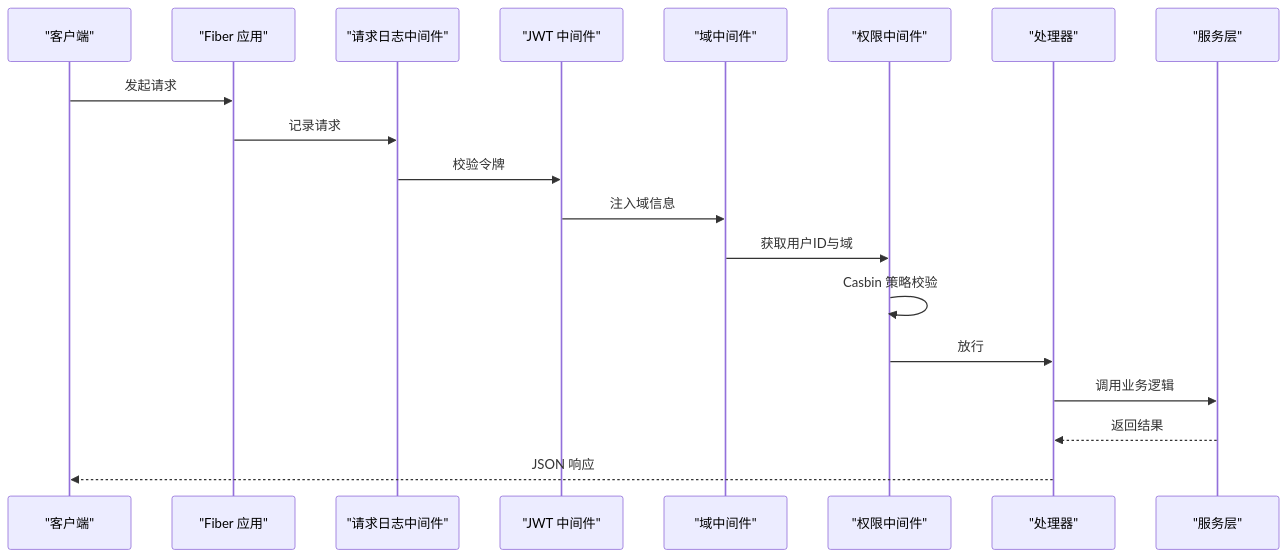
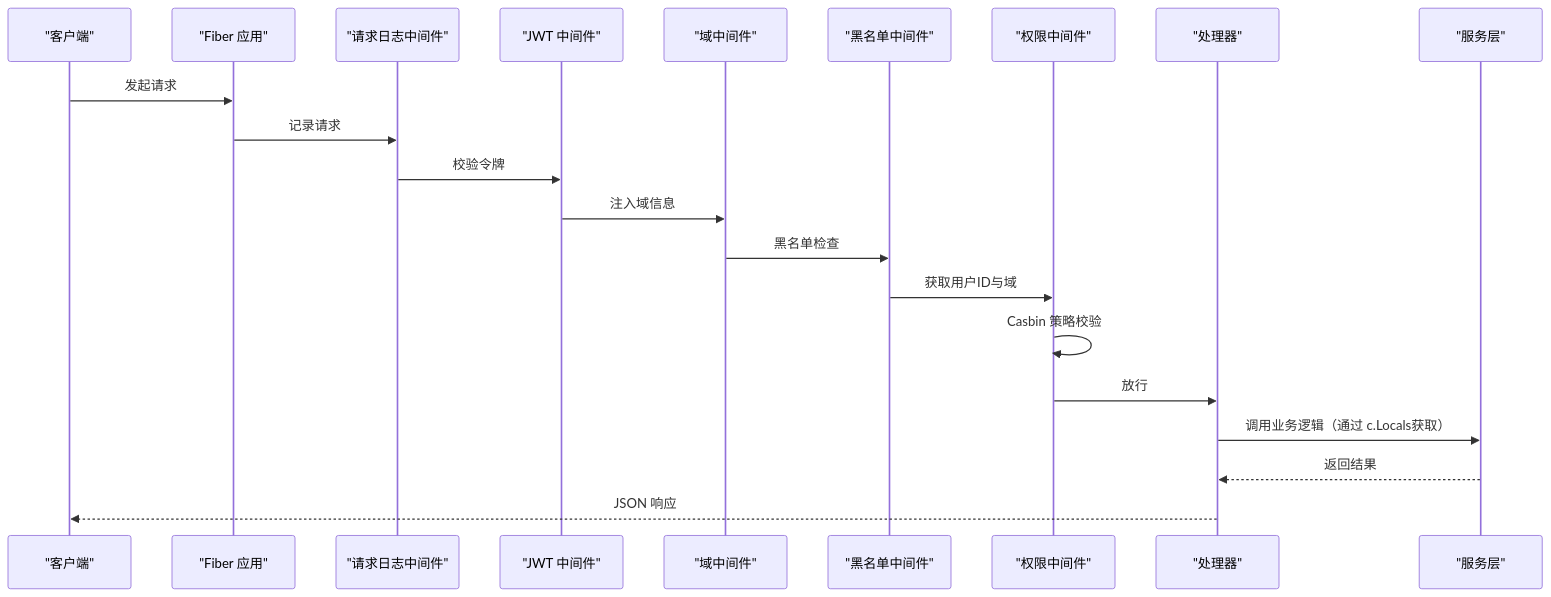
The fourth of 7 diagrams in .qoder/repowiki/zh/content/开发指南/代码规范与最佳实践.md (wuwuseo/e-sports-go-admin), drawn with Mermaid before and after one commit. The commit also changed other lines of this file and 42 other files, not shown here.

````diff
--- a/.qoder/repowiki/zh/content/开发指南/代码规范与最佳实践.md
+++ b/.qoder/repowiki/zh/content/开发指南/代码规范与最佳实践.md
@@ -193,21 +206,23 @@
 ```mermaid
 sequenceDiagram
 participant Client as "客户端"
 participant Fiber as "Fiber 应用"
 participant LogMW as "请求日志中间件"
 participant JWT as "JWT 中间件"
 participant DomainMW as "域中间件"
+participant BlacklistMW as "黑名单中间件"
 participant PermMW as "权限中间件"
 participant Handler as "处理器"
 participant Service as "服务层"
 Client->>Fiber : 发起请求
 Fiber->>LogMW : 记录请求
 LogMW->>JWT : 校验令牌
 JWT->>DomainMW : 注入域信息
-DomainMW->>PermMW : 获取用户ID与域
+DomainMW->>BlacklistMW : 黑名单检查
+BlacklistMW->>PermMW : 获取用户ID与域
 PermMW->>PermMW : Casbin 策略校验
 PermMW->>Handler : 放行
-Handler->>Service : 调用业务逻辑
+Handler->>Service : 调用业务逻辑（通过 c.Locals获取）
 Service-->>Handler : 返回结果
 Handler-->>Client : JSON 响应
 ```
````
